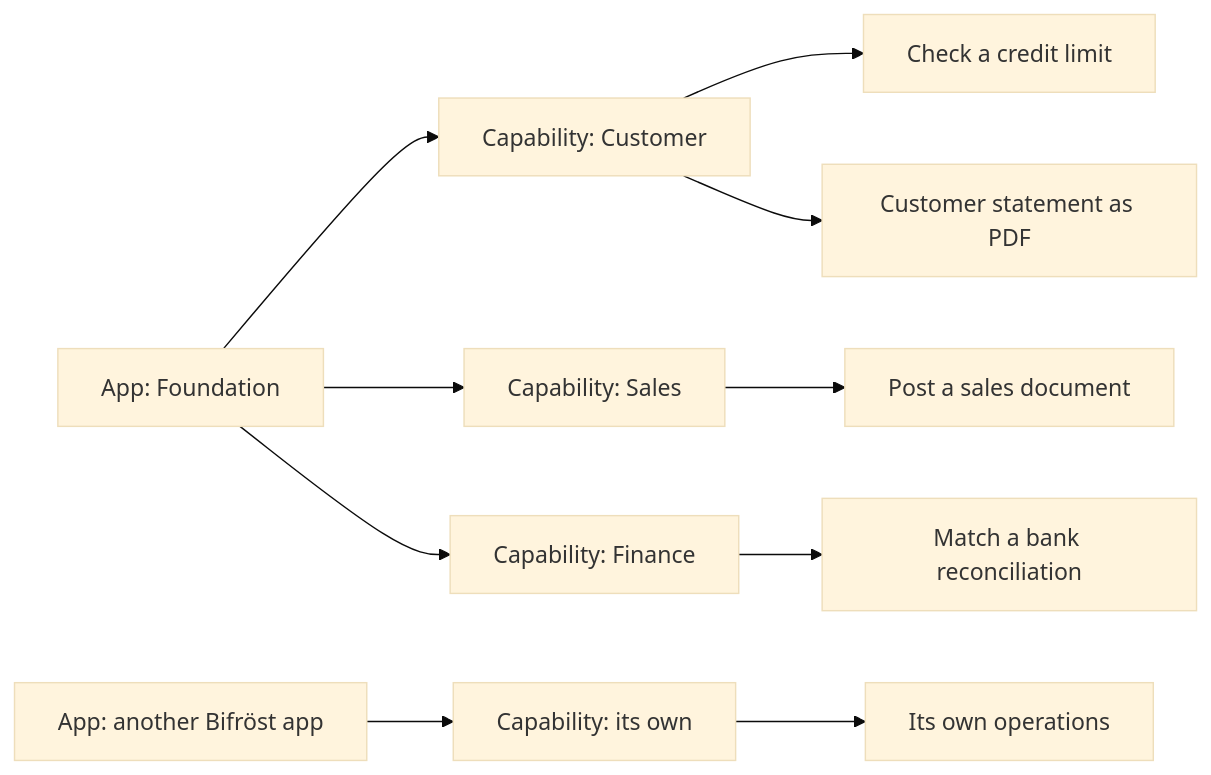
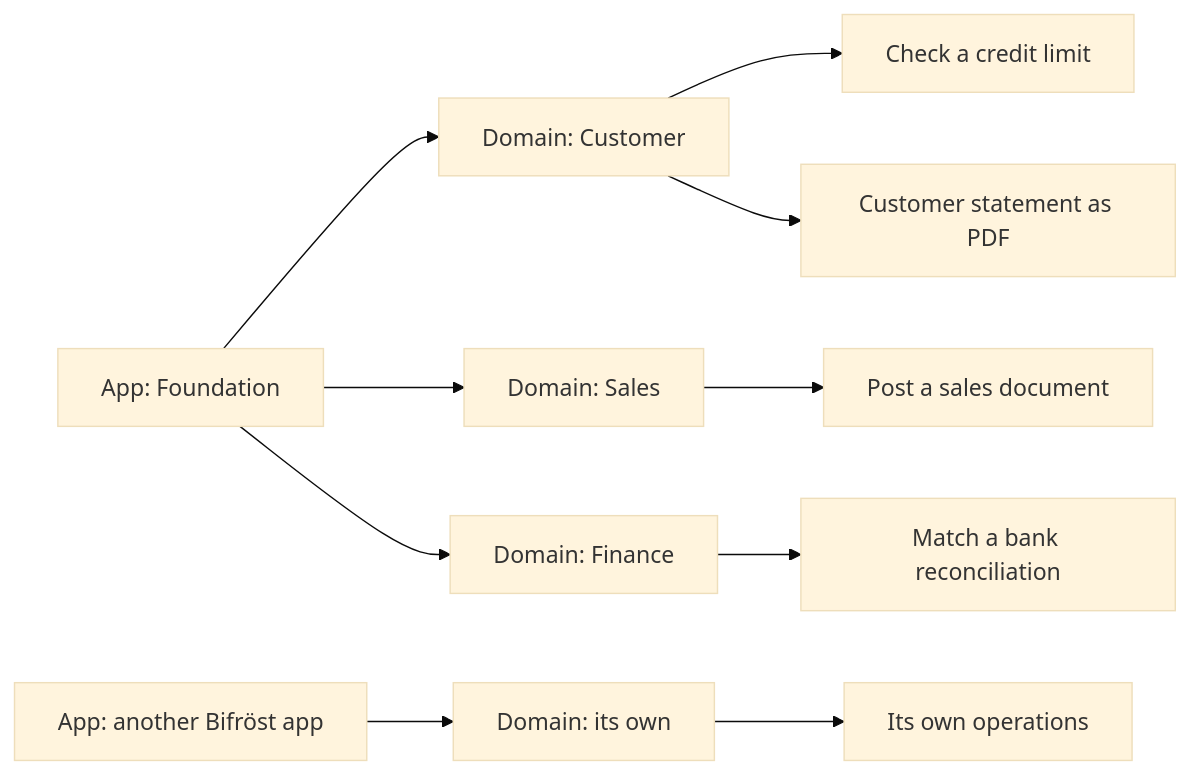
Before and after one commit to businesscentralal/bifrost: the diagram in docs/documentation/how-it-works.md, drawn with Mermaid (base theme). The commit also changed other lines of this file and 22 other files, not shown here.

````diff
--- a/docs/documentation/how-it-works.md
+++ b/docs/documentation/how-it-works.md
@@ -42,12 +41,12 @@
 ```mermaid
 flowchart LR
-  F["App: Foundation"] --> C1["Capability: Customer"]
-  F --> C2["Capability: Sales"]
-  F --> C3["Capability: Finance"]
-  T["App: another Bifröst app"] --> C4["Capability: its own"]
+  F["App: Foundation"] --> C1["Domain: Customer"]
+  F --> C2["Domain: Sales"]
+  F --> C3["Domain: Finance"]
+  T["App: another Bifröst app"] --> C4["Domain: its own"]
   C1 --> M1["Check a credit limit"]
   C1 --> M2["Customer statement as PDF"]
   C2 --> M3["Post a sales document"]
   C3 --> M4["Match a bank reconciliation"]
   C4 --> M5["Its own operations"]
 ```
````
